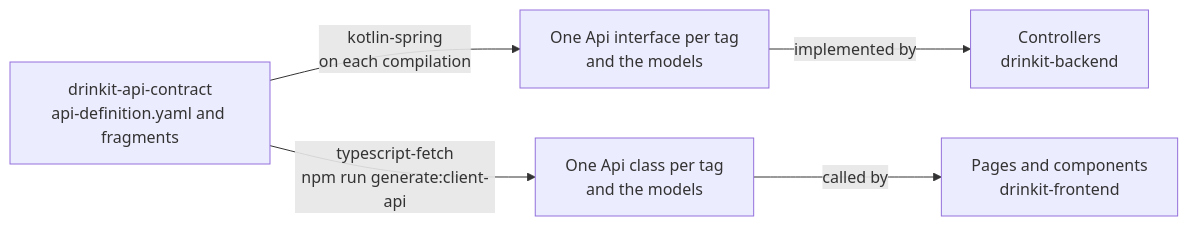
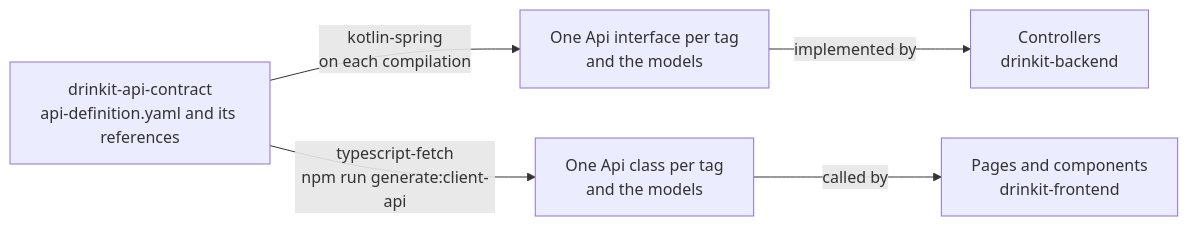
Before and after one commit to mboisnard/drinkit: the diagram in docs/src/engineering/architecture/contract-first.md, drawn with Mermaid. The commit also changed other lines of this file, not shown here.

First line of the commit message:
[DOCUMENTATION] Shorten the contract-first page (#513)

````diff
--- a/docs/src/engineering/architecture/contract-first.md
+++ b/docs/src/engineering/architecture/contract-first.md
@@ -49,8 +29,8 @@
 ```mermaid
 flowchart LR
-  contract["drinkit-api-contract<br/>api-definition.yaml and fragments"]
+  contract["drinkit-api-contract<br/>api-definition.yaml and its references"]
   contract -- "kotlin-spring<br/>on each compilation" --> interfaces["One Api interface per tag<br/>and the models"]
   interfaces -- "implemented by" --> controllers["Controllers<br/>drinkit-backend"]
   contract -- "typescript-fetch<br/>npm run generate:client-api" --> client["One Api class per tag<br/>and the models"]
   client -- "called by" --> pages["Pages and components<br/>drinkit-frontend"]
 ```
````
